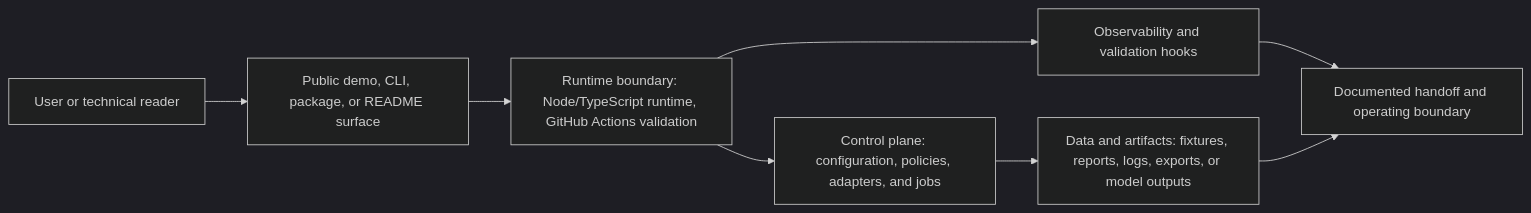
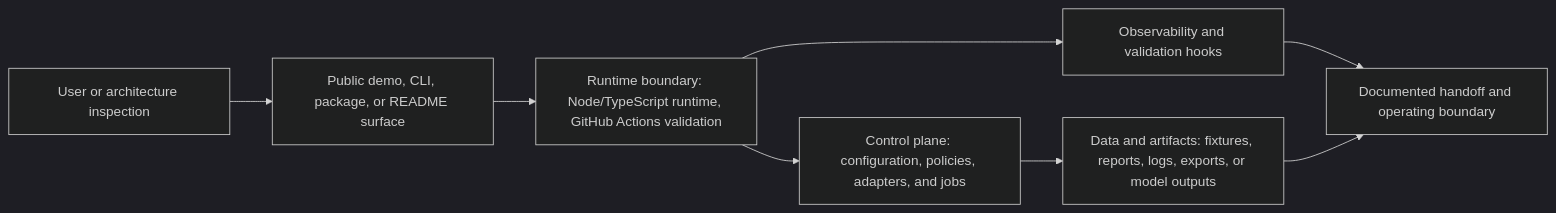
The diagram in docs/system-architecture.md (KIM3310/dream-interpretation-pages), drawn with Mermaid (dark theme) before and after one commit. The commit also changed 14 other files, not shown here.

Commit message:
Polish architecture-centered repository surfaces

````diff
--- a/docs/system-architecture.md
+++ b/docs/system-architecture.md
@@ -18,10 +18,10 @@
 ```mermaid
 flowchart LR
-    User["User or technical reader"] --> Surface["Public demo, CLI, package, or README surface"]
+    User["User or architecture inspection"] --> Surface["Public demo, CLI, package, or README surface"]
     Surface --> Runtime["Runtime boundary: Node/TypeScript runtime, GitHub Actions validation"]
     Runtime --> Control["Control plane: configuration, policies, adapters, and jobs"]
     Control --> Data["Data and artifacts: fixtures, reports, logs, exports, or model outputs"]
     Runtime --> Observability["Observability and validation hooks"]
     Observability --> Handoff["Documented handoff and operating boundary"]
     Data --> Handoff
 ```
````
